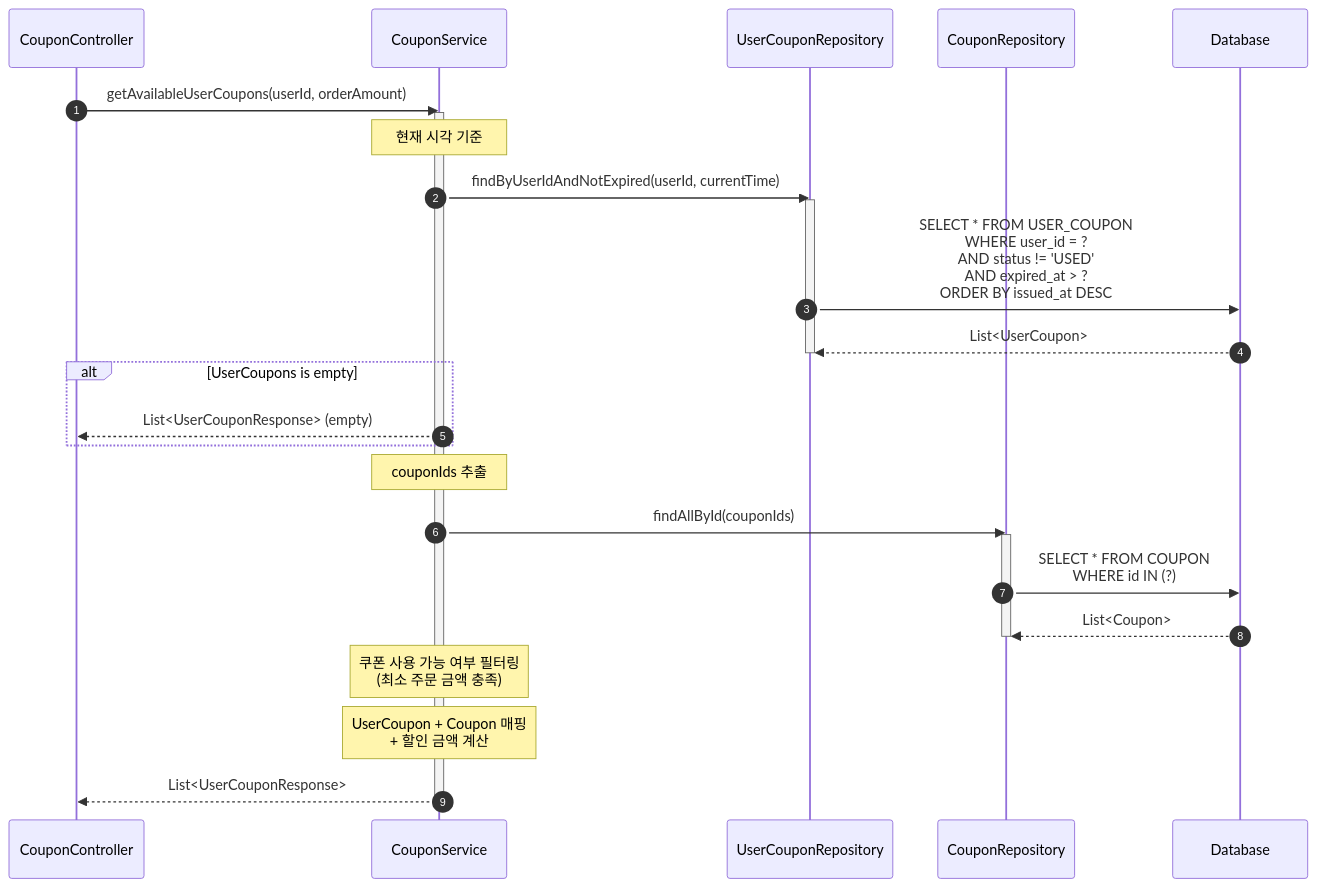
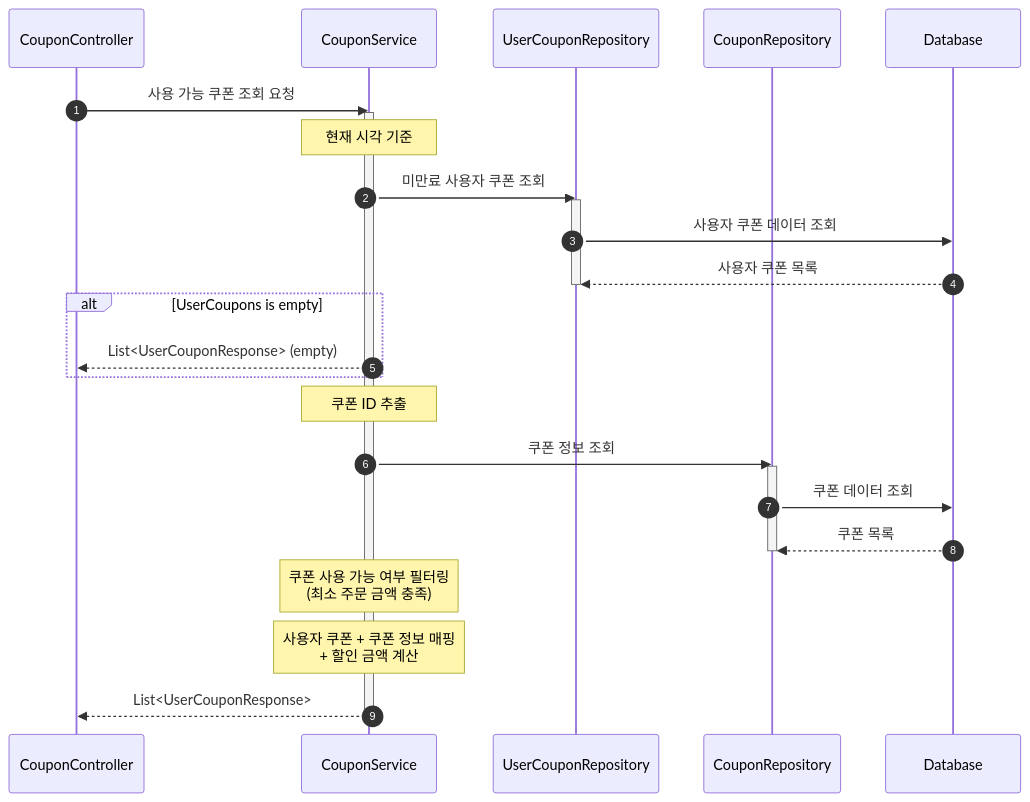
Diagram 14 of 16 in docs/api/api-specification.md (hye-ung97/hh-e-commerce), drawn with Mermaid before and after one commit. The commit also changed other lines of this file, not shown here.

Commit message:
fix: 시퀀스 다이어그램에서 함수 이름 -> 설명으로 변경

````diff
--- a/docs/api/api-specification.md
+++ b/docs/api/api-specification.md
@@ -758,39 +758,39 @@
 ```mermaid
 sequenceDiagram
     autonumber
     participant C as CouponController
     participant S as CouponService
     participant UCR as UserCouponRepository
     participant CR as CouponRepository
     participant DB as Database
 
-    C->>S: getAvailableUserCoupons(userId, orderAmount)
+    C->>S: 사용 가능 쿠폰 조회 요청
     activate S
 
     Note over S: 현재 시각 기준
 
-    S->>UCR: findByUserIdAndNotExpired(userId, currentTime)
+    S->>UCR: 미만료 사용자 쿠폰 조회
     activate UCR
-    UCR->>DB: SELECT * FROM USER_COUPON<br/>WHERE user_id = ?<br/>AND status != 'USED'<br/>AND expired_at > ?<br/>ORDER BY issued_at DESC
-    DB-->>UCR: List<UserCoupon>
+    UCR->>DB: 사용자 쿠폰 데이터 조회
+    DB-->>UCR: 사용자 쿠폰 목록
     deactivate UCR
 
     alt UserCoupons is empty
         S-->>C: List<UserCouponResponse> (empty)
     end
 
-    Note over S: couponIds 추출
+    Note over S: 쿠폰 ID 추출
 
-    S->>CR: findAllById(couponIds)
+    S->>CR: 쿠폰 정보 조회
     activate CR
-    CR->>DB: SELECT * FROM COUPON<br/>WHERE id IN (?)
-    DB-->>CR: List<Coupon>
+    CR->>DB: 쿠폰 데이터 조회
+    DB-->>CR: 쿠폰 목록
     deactivate CR
 
     Note over S: 쿠폰 사용 가능 여부 필터링<br/>(최소 주문 금액 충족)
 
-    Note over S: UserCoupon + Coupon 매핑<br/>+ 할인 금액 계산
+    Note over S: 사용자 쿠폰 + 쿠폰 정보 매핑<br/>+ 할인 금액 계산
 
     S-->>C: List<UserCouponResponse>
     deactivate S
 ```
````
